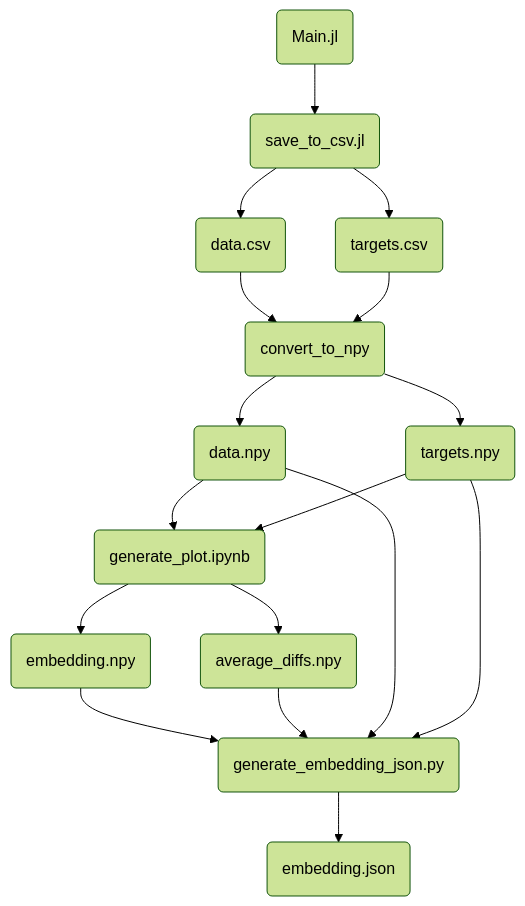
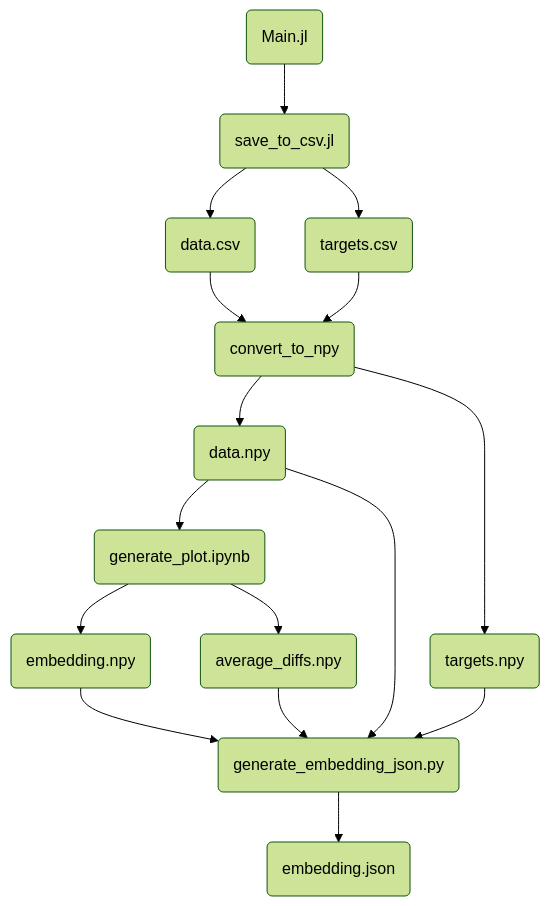
One commit to kylehovey/turing-basins-julia changed the diagram in readme.md. Above: the diagram before and after it, drawn with Mermaid (forest theme). The commit also changed 1 other file, not shown here.

Commit message:
Fixed error in flow chart and cleaned up file name outputs

````diff
--- a/readme.md
+++ b/readme.md
@@ -6,44 +6,43 @@
 ```mermaid
 flowchart TD
   Main(Main.jl)
 
   SaveToCSV(save_to_csv.jl)
   ConvertToNp(convert_to_npy)
   GenerateEmbedding(generate_plot.ipynb)
   GenerateJson(generate_embedding_json.py)
 
   DataFileJl(data.csv)
   RulesFileJl(targets.csv)
   
   DataFileNp(data.npy)
   RulesFileNp(targets.npy)
   
   EmbeddingFile(embedding.npy)
   AverageDiffs(average_diffs.npy)
   
   JsonEmbedding(embedding.json)
 
   Main --> SaveToCSV
 
   SaveToCSV --> DataFileJl
   SaveToCSV --> RulesFileJl
 
   DataFileJl --> ConvertToNp
   RulesFileJl --> ConvertToNp
 
   ConvertToNp --> DataFileNp
   ConvertToNp --> RulesFileNp
 
   DataFileNp --> GenerateEmbedding
-  RulesFileNp --> GenerateEmbedding
 
   GenerateEmbedding --> EmbeddingFile
   GenerateEmbedding --> AverageDiffs
 
   EmbeddingFile --> GenerateJson
   AverageDiffs --> GenerateJson
   DataFileNp --> GenerateJson
   RulesFileNp --> GenerateJson
 
   GenerateJson --> JsonEmbedding
 ```
````
